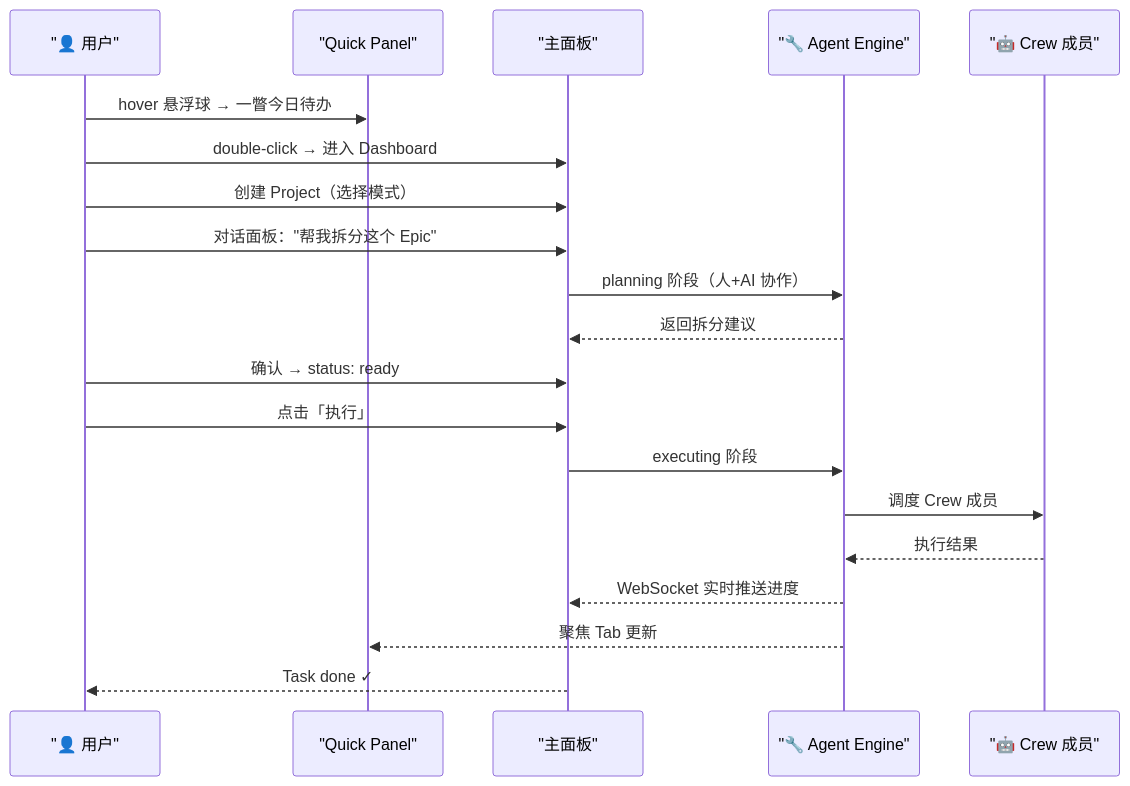
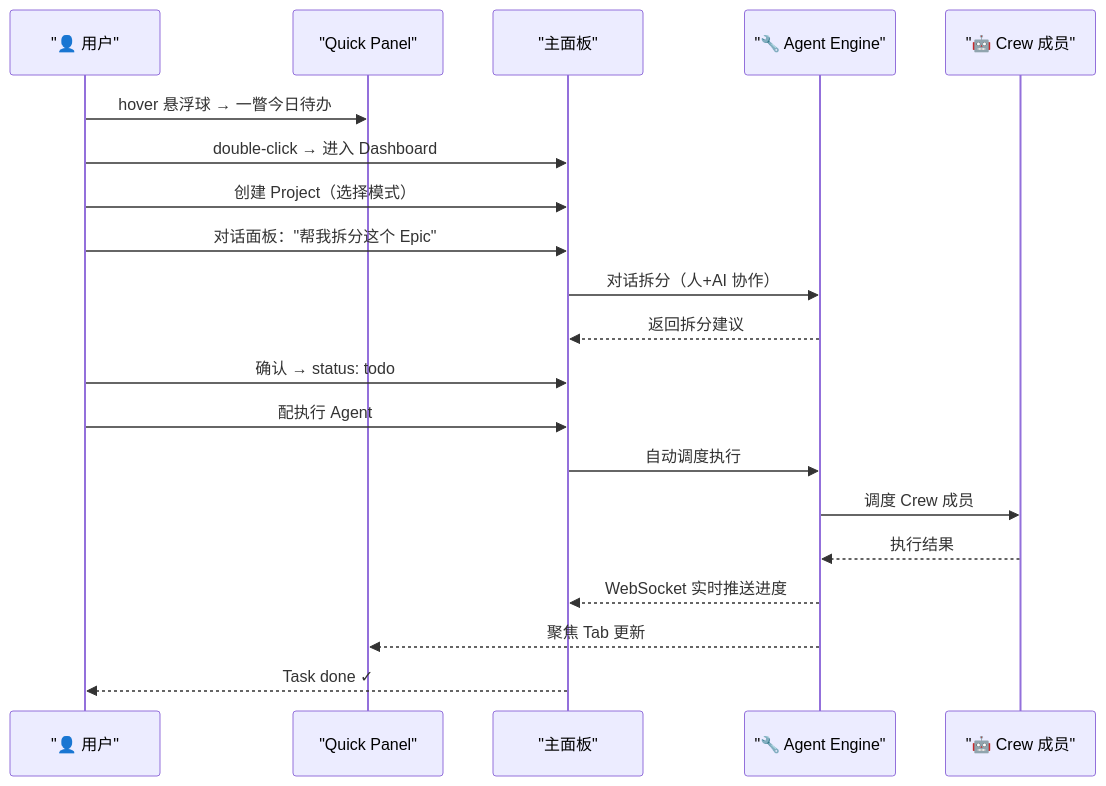
Before and after one commit to xxlest/FocusPilot: the second of 20 diagrams in docs/focuspilot-ui-features.md, drawn with Mermaid. The commit also changed other lines of this file and 4 other files, not shown here.

````diff
--- a/docs/focuspilot-ui-features.md
+++ b/docs/focuspilot-ui-features.md
@@ -88,23 +88,23 @@
 ```mermaid
 sequenceDiagram
     participant H as "👤 用户"
     participant QP as "Quick Panel"
     participant MP as "主面板"
     participant E as "🔧 Agent Engine"
     participant C as "🤖 Crew 成员"
 
     H->>QP: hover 悬浮球 → 一瞥今日待办
     H->>MP: double-click → 进入 Dashboard
     H->>MP: 创建 Project（选择模式）
     H->>MP: 对话面板："帮我拆分这个 Epic"
-    MP->>E: planning 阶段（人+AI 协作）
+    MP->>E: 对话拆分（人+AI 协作）
     E-->>MP: 返回拆分建议
-    H->>MP: 确认 → status: ready
-    H->>MP: 点击「执行」
-    MP->>E: executing 阶段
+    H->>MP: 确认 → status: todo
+    H->>MP: 配执行 Agent
+    MP->>E: 自动调度执行
     E->>C: 调度 Crew 成员
     C-->>E: 执行结果
     E-->>MP: WebSocket 实时推送进度
     E-->>QP: 聚焦 Tab 更新
     MP-->>H: Task done ✓
 ```
````
